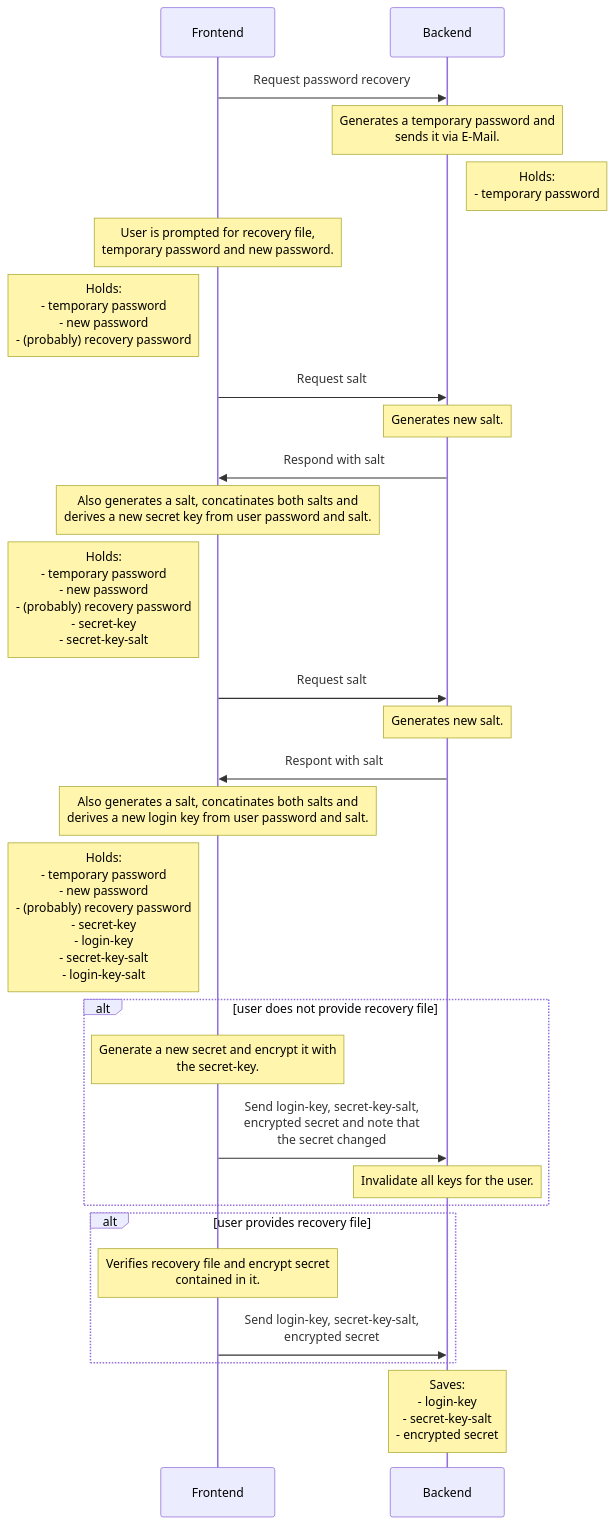
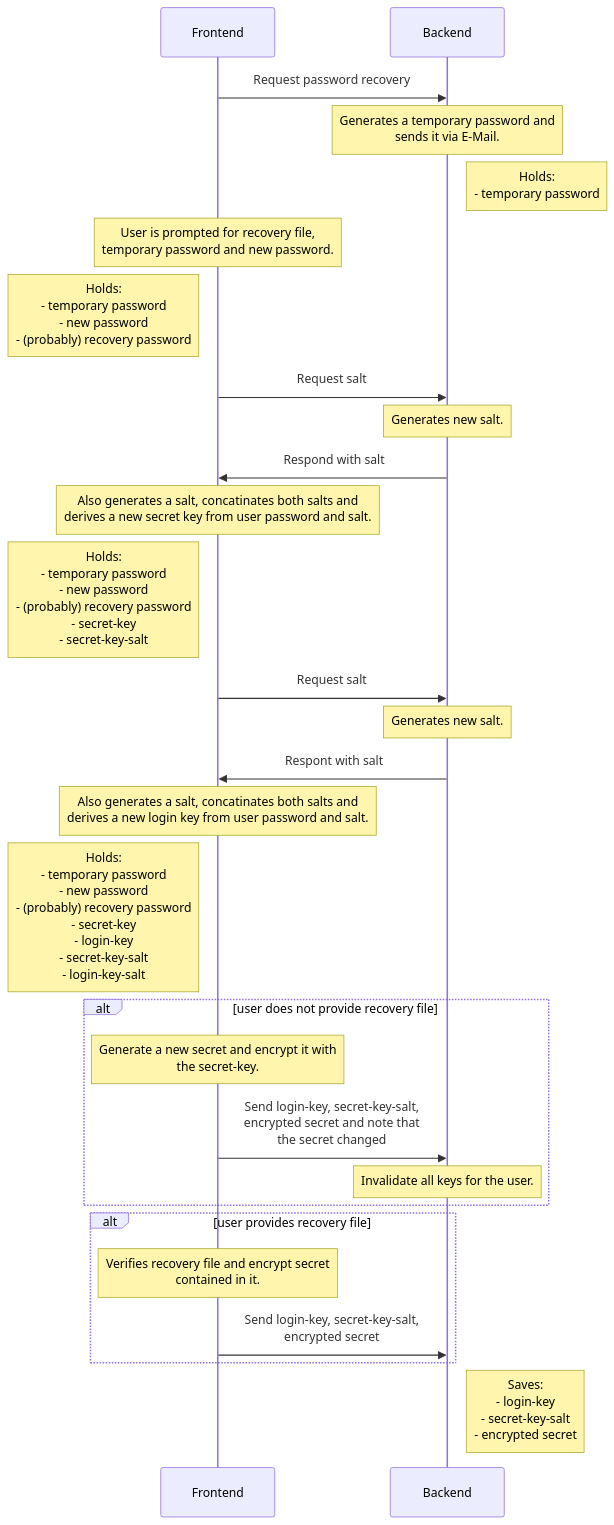
Before and after one commit to Tinkerforge/esp32-remote-access: the eighth of 8 diagrams in sequence.md, drawn with Mermaid. The commit also changed other lines of this file, not shown here.

````diff
--- a/sequence.md
+++ b/sequence.md
@@ -131,28 +158,28 @@
 ```mermaid
 sequenceDiagram
     Frontend->>Backend: Request password recovery
     Note over Backend: Generates a temporary password and <br> sends it via E-Mail.
     Note right of Backend: Holds: <br> - temporary password
     Note over Frontend: User is prompted for recovery file, <br> temporary password and new password.
     Note left of Frontend: Holds: <br> - temporary password <br> - new password <br> - (probably) recovery password
     Frontend->>Backend: Request salt
     Note over Backend: Generates new salt.
     Backend->>Frontend: Respond with salt
     Note over Frontend: Also generates a salt, concatinates both salts and <br> derives a new secret key from user password and salt.
     Note left of Frontend: Holds: <br> - temporary password <br> - new password <br> - (probably) recovery password <br> - secret-key <br> - secret-key-salt
     Frontend->>Backend: Request salt
     Note over Backend: Generates new salt.
     Backend->>Frontend: Respont with salt
     Note over Frontend: Also generates a salt, concatinates both salts and <br> derives a new login key from user password and salt.
     Note left of Frontend: Holds: <br> - temporary password <br> - new password <br> - (probably) recovery password <br> - secret-key <br> - login-key <br> - secret-key-salt <br> - login-key-salt
     alt user does not provide recovery file
         Note over Frontend: Generate a new secret and encrypt it with <br> the secret-key.
         Frontend->>Backend: Send login-key, secret-key-salt, <br> encrypted secret and note that <br> the secret changed
         Note over Backend: Invalidate all keys for the user.
     end
     alt user provides recovery file
         Note over Frontend: Verifies recovery file and encrypt secret <br> contained in it.
         Frontend->>Backend: Send login-key, secret-key-salt, <br> encrypted secret
     end
-    Note over Backend: Saves: <br> - login-key <br> - secret-key-salt <br> - encrypted secret
+    Note right of Backend: Saves: <br> - login-key <br> - secret-key-salt <br> - encrypted secret
 ```
````
